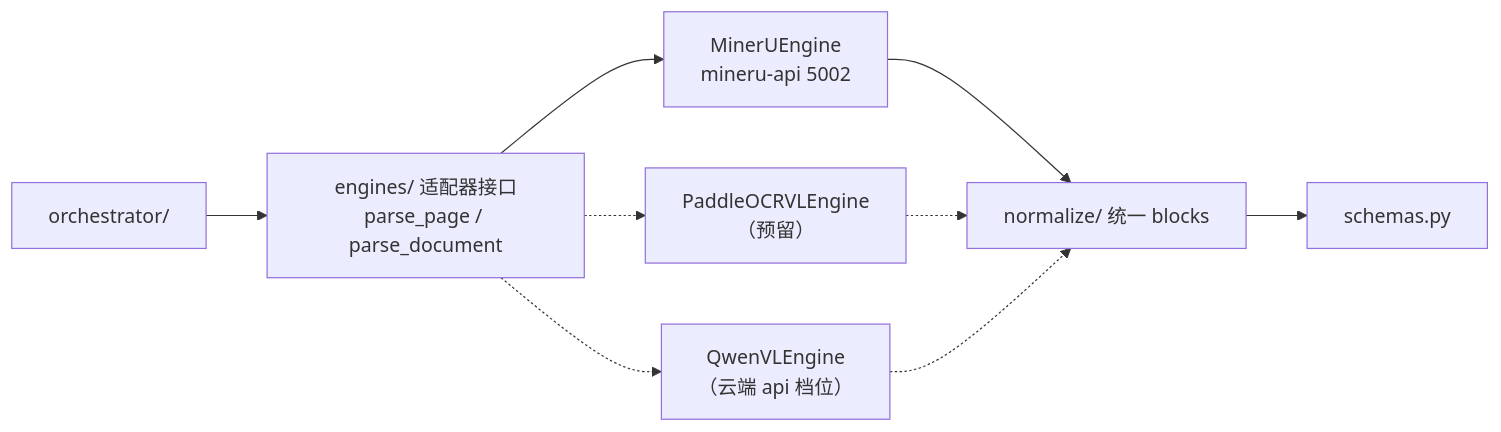
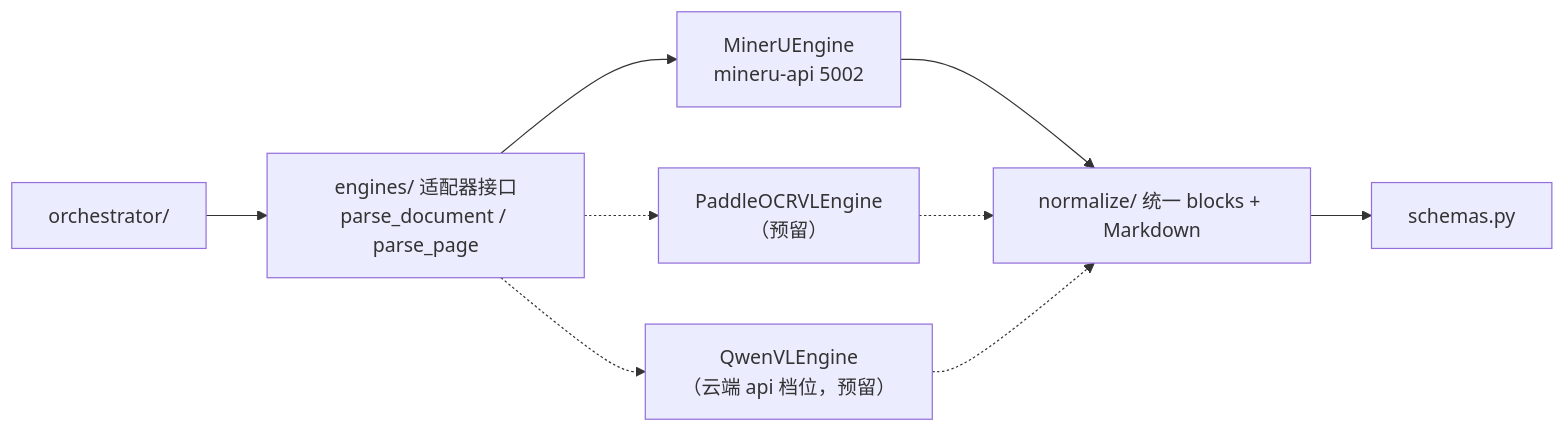
Before and after one commit to swfswf1234/Axiom-Flow: the diagram in docs/design/model-integration.md, drawn with Mermaid. The commit also changed other lines of this file and 15 other files, not shown here.

````diff
--- a/docs/design/model-integration.md
+++ b/docs/design/model-integration.md
@@ -47,11 +58,11 @@
 ```mermaid
 flowchart LR
-    OR["orchestrator/"] --> ADP["engines/ 适配器接口<br/>parse_page / parse_document"]
+    OR["orchestrator/"] --> ADP["engines/ 适配器接口<br/>parse_document / parse_page"]
     ADP --> M["MinerUEngine<br/>mineru-api 5002"]
     ADP -.-> P["PaddleOCRVLEngine<br/>（预留）"]
-    ADP -.-> Q["QwenVLEngine<br/>（云端 api 档位）"]
-    M --> NRM["normalize/ 统一 blocks"]
+    ADP -.-> Q["QwenVLEngine<br/>（云端 api 档位，预留）"]
+    M --> NRM["normalize/ 统一 blocks + Markdown"]
     P -.-> NRM
     Q -.-> NRM
     NRM --> SCH["schemas.py"]
 ```
````
